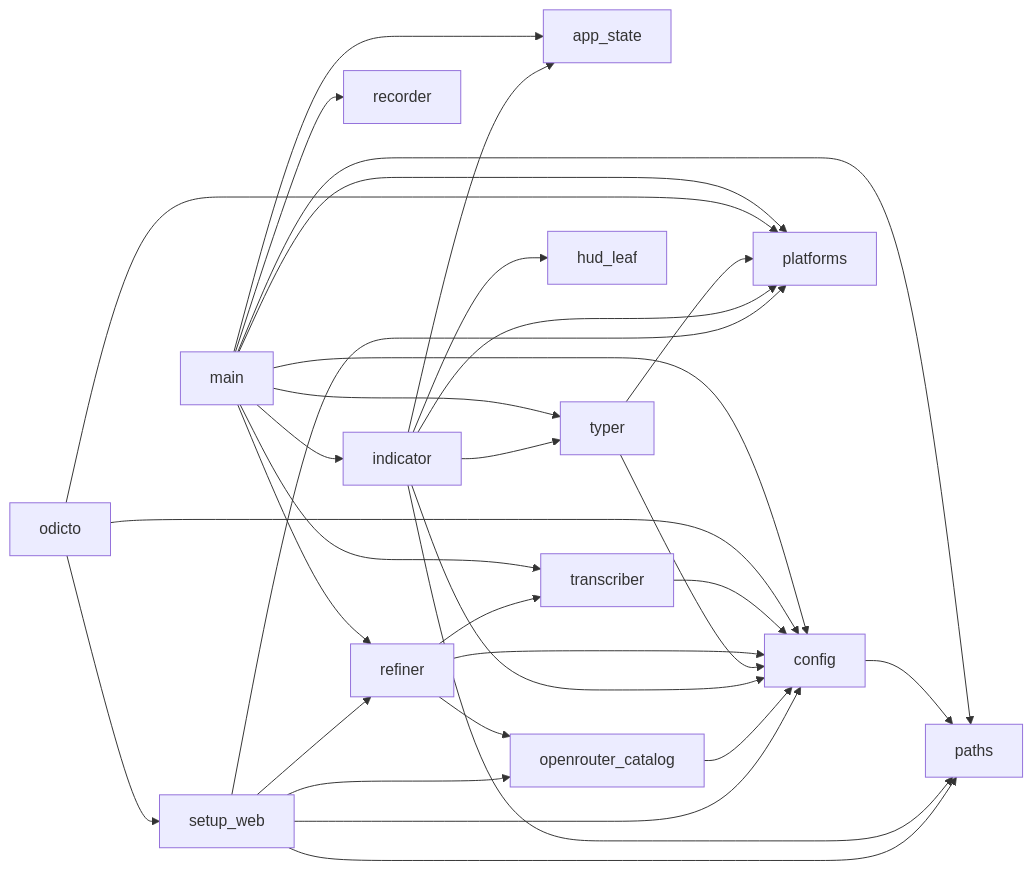
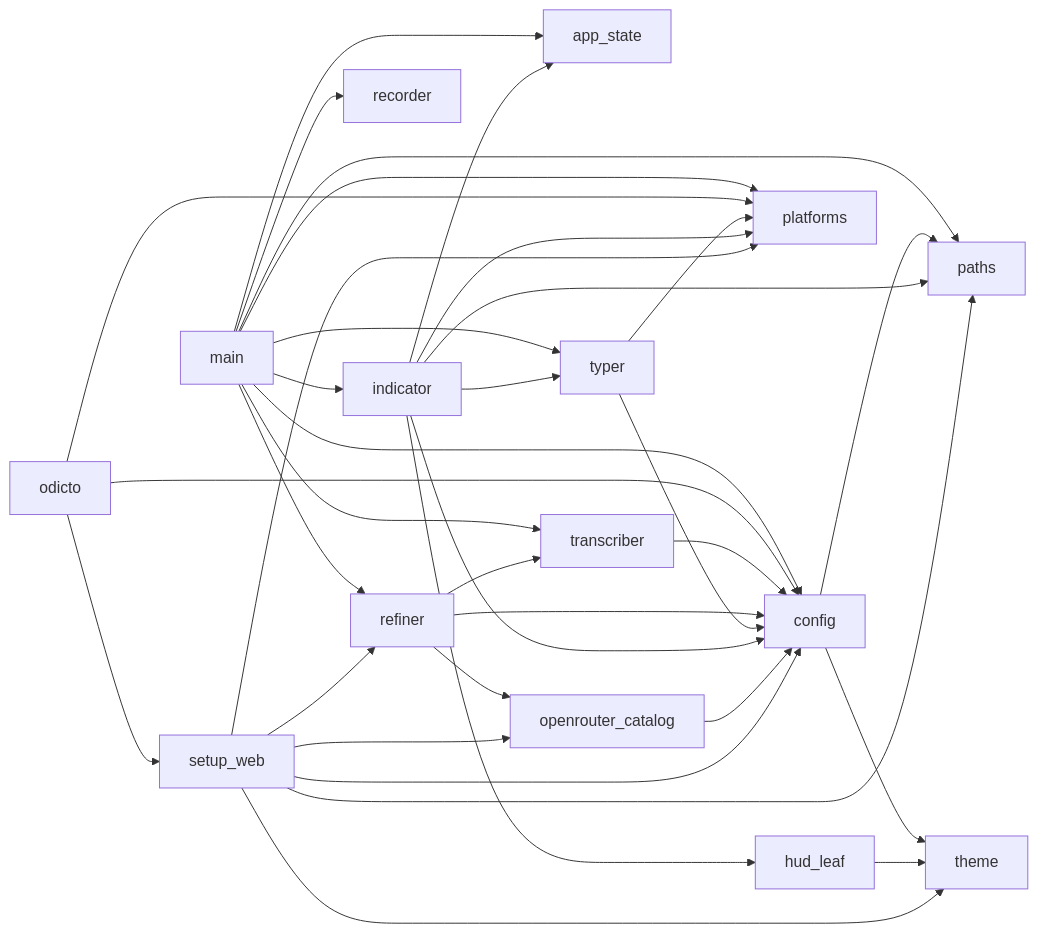
Before and after one commit to Gargeya-Grey/Odicto: the second of 7 diagrams in docs/architecture.md, drawn with Mermaid. The commit also changed other lines of this file and 15 other files, not shown here.

First line of the commit message:
Theme: THEME_COLOR sets the colour of the HUD and the setup page

````diff
--- a/docs/architecture.md
+++ b/docs/architecture.md
@@ -314,34 +315,37 @@
 ```mermaid
 graph LR
     main --> app_state
     main --> config
     main --> indicator
     main --> paths
     main --> platforms
     main --> recorder
     main --> refiner
     main --> transcriber
     main --> typer
     odicto --> config
     odicto --> platforms
     odicto --> setup_web
     config --> paths
+    config --> theme
     transcriber --> config
     refiner --> config
     refiner --> openrouter_catalog
     refiner --> transcriber
     typer --> config
     typer --> platforms
     indicator --> app_state
     indicator --> config
     indicator --> hud_leaf
     indicator --> paths
     indicator --> platforms
     indicator --> typer
+    hud_leaf --> theme
     openrouter_catalog --> config
     setup_web --> config
     setup_web --> openrouter_catalog
     setup_web --> paths
     setup_web --> platforms
     setup_web --> refiner
+    setup_web --> theme
 ```
````
